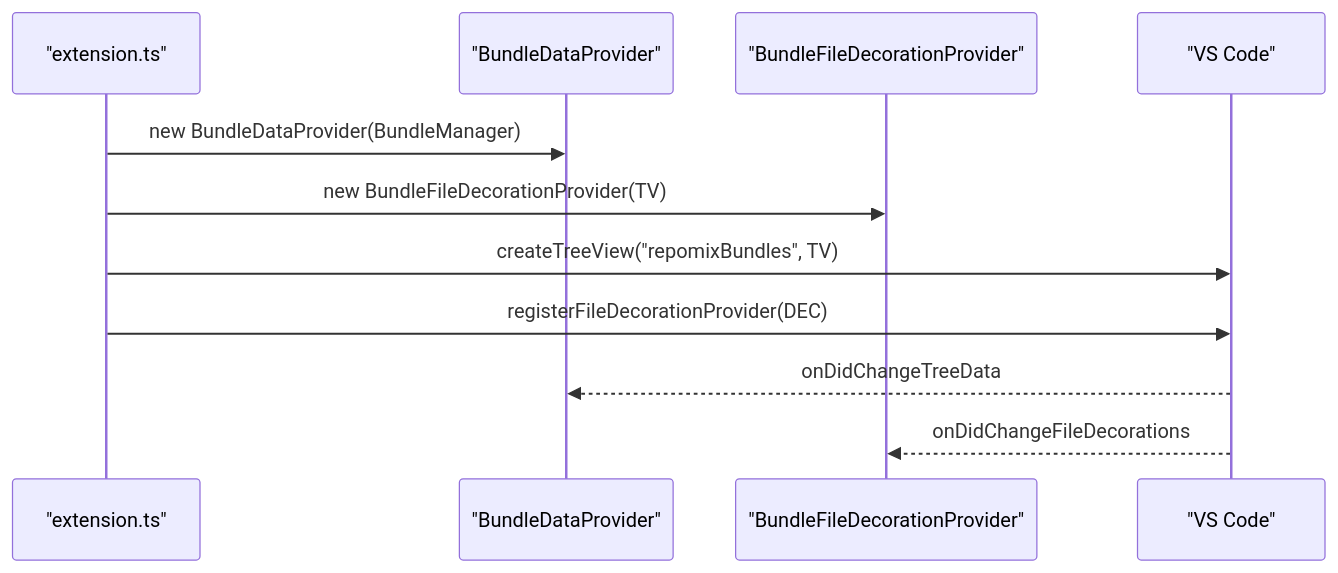
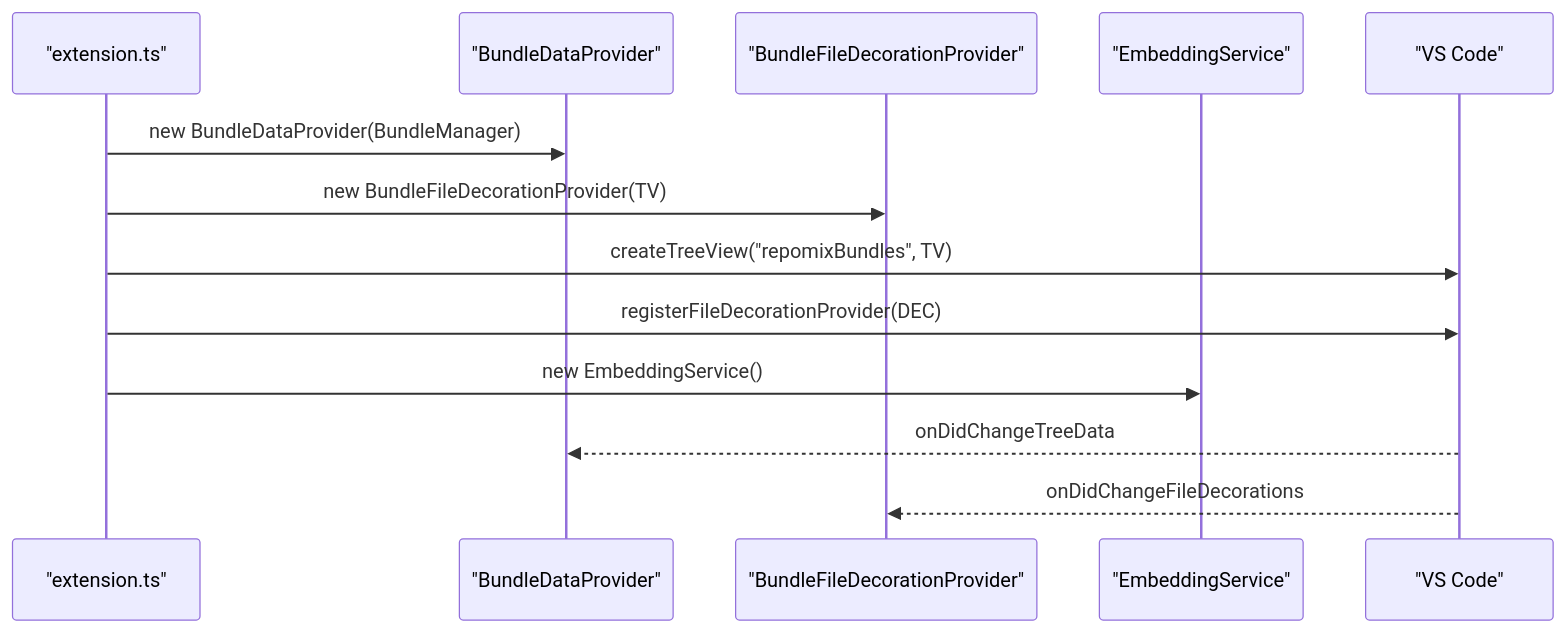
Before and after one commit to bramburn/repomix-runner: the sixth of 11 diagrams in .qoder/repowiki/en/content/Storage System/Provider Patterns and Integration.md, drawn with Mermaid. The commit also changed other lines of this file and 19 other files, not shown here.

````diff
--- a/.qoder/repowiki/en/content/Storage System/Provider Patterns and Integration.md
+++ b/.qoder/repowiki/en/content/Storage System/Provider Patterns and Integration.md
@@ -261,13 +308,15 @@
 ```mermaid
 sequenceDiagram
 participant EXT as "extension.ts"
 participant TV as "BundleDataProvider"
 participant DEC as "BundleFileDecorationProvider"
+participant ETS as "EmbeddingService"
 participant VS as "VS Code"
 EXT->>TV : new BundleDataProvider(BundleManager)
 EXT->>DEC : new BundleFileDecorationProvider(TV)
 EXT->>VS : createTreeView("repomixBundles", TV)
 EXT->>VS : registerFileDecorationProvider(DEC)
+EXT->>ETS : new EmbeddingService()
 VS-->>TV : onDidChangeTreeData
 VS-->>DEC : onDidChangeFileDecorations
 ```
````
